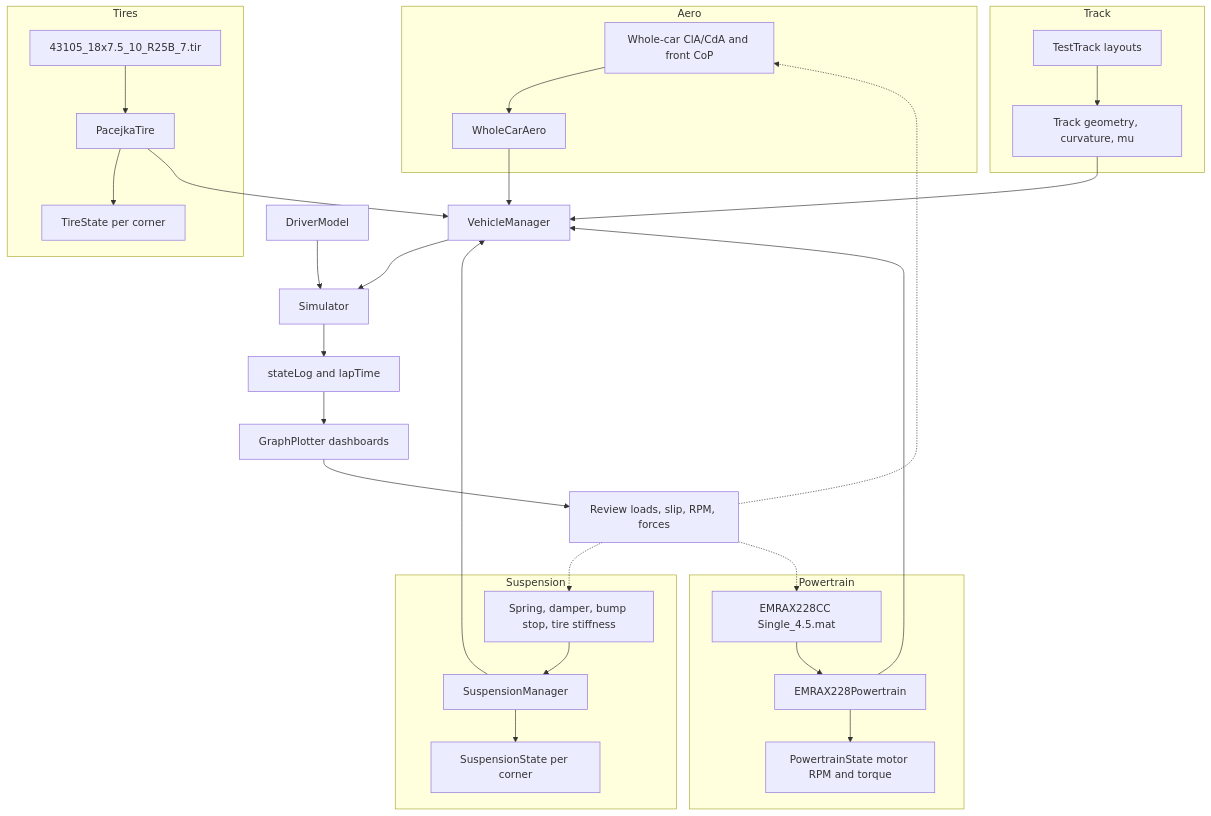
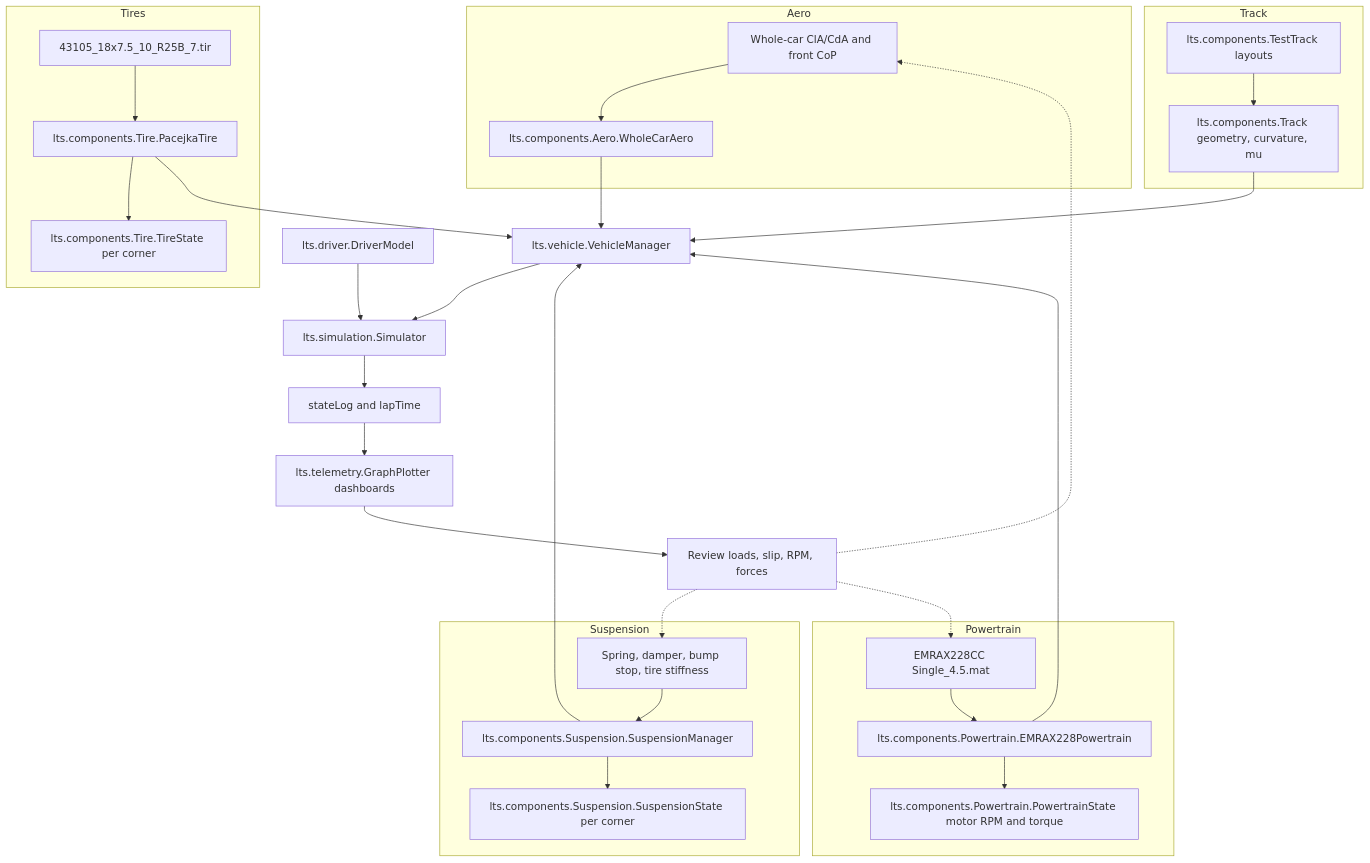
Before and after one commit to jyjh/lts: the diagram in docs/workflow/workflow.mmd, drawn with Mermaid. The commit also changed 151 other files, not shown here.

```diff
--- a/docs/workflow/workflow.mmd
+++ b/docs/workflow/workflow.mmd
@@ -1,37 +1,37 @@
 graph TD
     subgraph "Aero"
-        AeroInputs[Whole-car ClA/CdA and front CoP] --> WholeCarAero[WholeCarAero]
+        AeroInputs[Whole-car ClA/CdA and front CoP] --> WholeCarAero[lts.components.Aero.WholeCarAero]
     end
 
     subgraph "Suspension"
-        SuspSetup[Spring, damper, bump stop, tire stiffness] --> SuspManager[SuspensionManager]
-        SuspManager --> SuspState[SuspensionState per corner]
+        SuspSetup[Spring, damper, bump stop, tire stiffness] --> SuspManager[lts.components.Suspension.SuspensionManager]
+        SuspManager --> SuspState[lts.components.Suspension.SuspensionState per corner]
     end
 
     subgraph "Powertrain"
-        EMRAXMap[EMRAX228CC Single_4.5.mat] --> EMRAX[EMRAX228Powertrain]
-        EMRAX --> PTState[PowertrainState motor RPM and torque]
+        EMRAXMap[EMRAX228CC Single_4.5.mat] --> EMRAX[lts.components.Powertrain.EMRAX228Powertrain]
+        EMRAX --> PTState[lts.components.Powertrain.PowertrainState motor RPM and torque]
     end
 
     subgraph "Tires"
-        TireFile[43105_18x7.5_10_R25B_7.tir] --> Pacejka[PacejkaTire]
-        Pacejka --> TireState[TireState per corner]
+        TireFile[43105_18x7.5_10_R25B_7.tir] --> Pacejka[lts.components.Tire.PacejkaTire]
+        Pacejka --> TireState[lts.components.Tire.TireState per corner]
     end
 
     subgraph "Track"
-        TestLayouts[TestTrack layouts] --> TrackObj[Track geometry, curvature, mu]
+        TestLayouts[lts.components.TestTrack layouts] --> TrackObj[lts.components.Track geometry, curvature, mu]
     end
 
-    WholeCarAero --> Vehicle[VehicleManager]
+    WholeCarAero --> Vehicle[lts.vehicle.VehicleManager]
     SuspManager --> Vehicle
     EMRAX --> Vehicle
     Pacejka --> Vehicle
     TrackObj --> Vehicle
-    Vehicle --> Simulator[Simulator]
-    Driver[DriverModel] --> Simulator
+    Vehicle --> Simulator[lts.simulation.Simulator]
+    Driver[lts.driver.DriverModel] --> Simulator
     Simulator --> Log[stateLog and lapTime]
-    Log --> Plots[GraphPlotter dashboards]
+    Log --> Plots[lts.telemetry.GraphPlotter dashboards]
     Plots --> Review[Review loads, slip, RPM, forces]
     Review -.-> AeroInputs
     Review -.-> SuspSetup
     Review -.-> EMRAXMap
```
